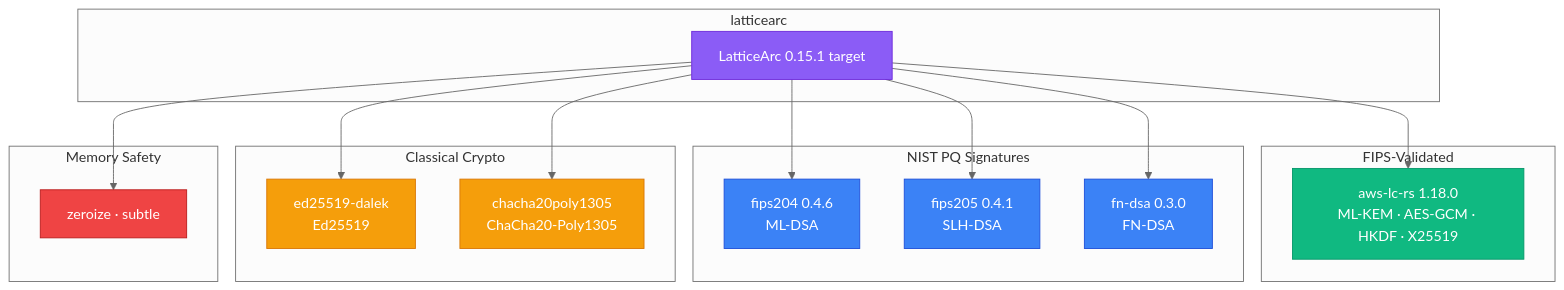
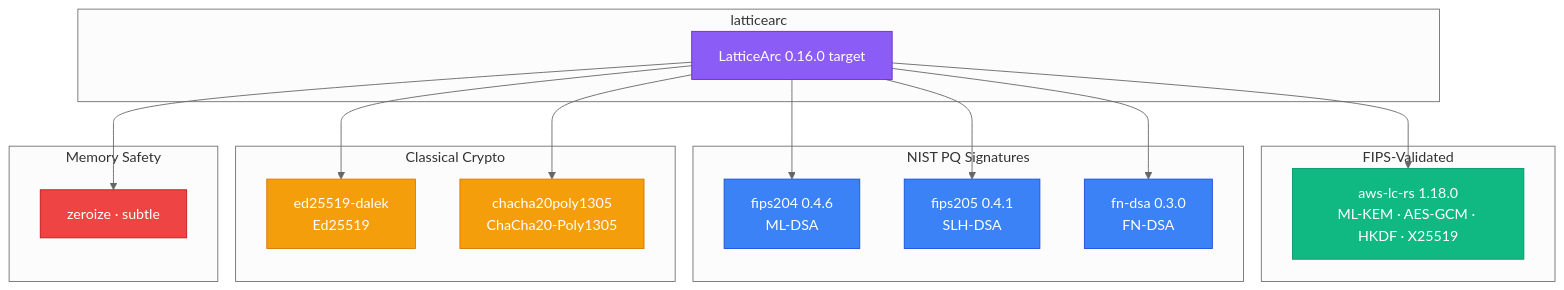
Before and after one commit to LatticeArc/latticearc: the diagram in docs/DEPENDENCY_JUSTIFICATION.md, drawn with Mermaid (neutral theme). The commit also changed other lines of this file and 11 other files, not shown here.

````diff
--- a/docs/DEPENDENCY_JUSTIFICATION.md
+++ b/docs/DEPENDENCY_JUSTIFICATION.md
@@ -12,45 +12,45 @@
 ```mermaid
 flowchart TB
     subgraph "latticearc"
-        LA[LatticeArc 0.15.1 target]
+        LA[LatticeArc 0.16.0 target]
     end
 
     subgraph "FIPS-Validated"
         AWSLC["aws-lc-rs 1.18.0\nML-KEM · AES-GCM · HKDF · X25519"]
     end
 
     subgraph "NIST PQ Signatures"
         F204["fips204 0.4.6\nML-DSA"]
         F205["fips205 0.4.1\nSLH-DSA"]
         FNDSA["fn-dsa 0.3.0\nFN-DSA"]
     end
 
     subgraph "Classical Crypto"
         DALEK["ed25519-dalek\nEd25519"]
         CHA["chacha20poly1305\nChaCha20-Poly1305"]
     end
 
     subgraph "Memory Safety"
         ZERO["zeroize · subtle"]
     end
 
     LA --> AWSLC
     LA --> F204
     LA --> F205
     LA --> FNDSA
     LA --> DALEK
     LA --> CHA
     LA --> ZERO
 
     classDef main fill:#8b5cf6,stroke:#6d28d9,color:#fff
     classDef fips fill:#10b981,stroke:#059669,color:#fff
     classDef nist fill:#3b82f6,stroke:#1d4ed8,color:#fff
     classDef cl fill:#f59e0b,stroke:#d97706,color:#fff
     classDef safety fill:#ef4444,stroke:#b91c1c,color:#fff
 
     class LA main
     class AWSLC fips
     class F204,F205,FNDSA nist
     class DALEK,CHA cl
     class ZERO safety
 ```
````
